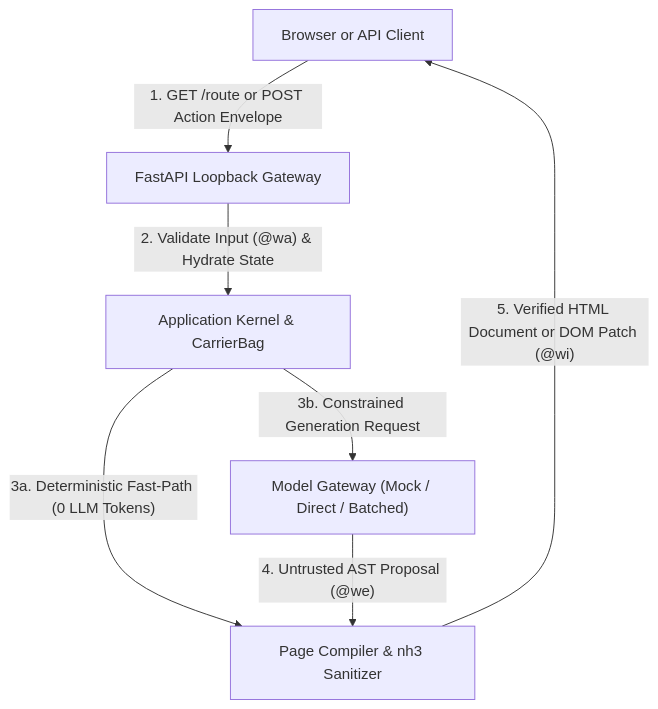
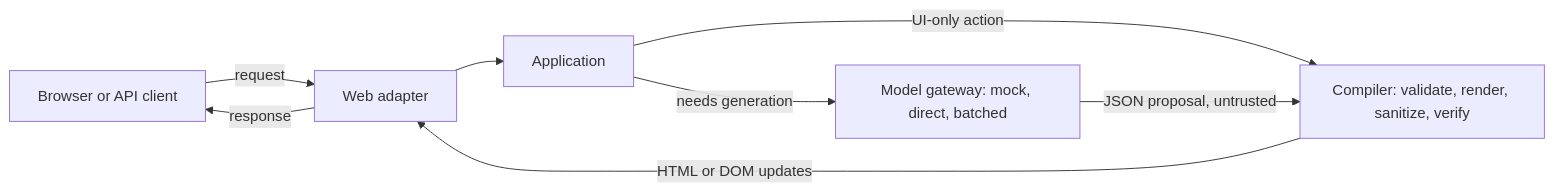
One commit to ROMWeasley/laadan-engine changed the diagram in README.md. Above: the diagram before and after it, drawn with Mermaid. The commit also changed other lines of this file and 16 other files, not shown here.

Commit message:
docs: simplify architecture and tighten security model

````diff
--- a/README.md
+++ b/README.md
@@ -19,9 +23,10 @@
 ```mermaid
-flowchart TD
-    User["Browser or API Client"] -->|"1. GET /route or POST Action Envelope"| Server["FastAPI Loopback Gateway"]
-    Server -->|"2. Validate Input (@wa) & Hydrate State"| Kernel["Application Kernel & CarrierBag"]
-    Kernel -->|"3a. Deterministic Fast-Path (0 LLM Tokens)"| Compiler["Page Compiler & nh3 Sanitizer"]
-    Kernel -->|"3b. Constrained Generation Request"| Model["Model Gateway (Mock / Direct / Batched)"]
-    Model -->|"4. Untrusted AST Proposal (@we)"| Compiler
-    Compiler -->|"5. Verified HTML Document or DOM Patch (@wi)"| User
+flowchart LR
+    Client["Browser or API client"] -->|"request"| Web["Web adapter"]
+    Web --> App["Application"]
+    App -->|"UI-only action"| Compiler
+    App -->|"needs generation"| Model["Model gateway: mock, direct, batched"]
+    Model -->|"JSON proposal, untrusted"| Compiler["Compiler: validate, render, sanitize, verify"]
+    Compiler -->|"HTML or DOM updates"| Web
+    Web -->|"response"| Client
 ```
````
